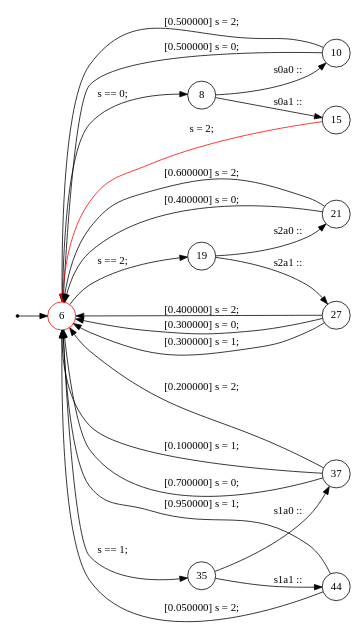
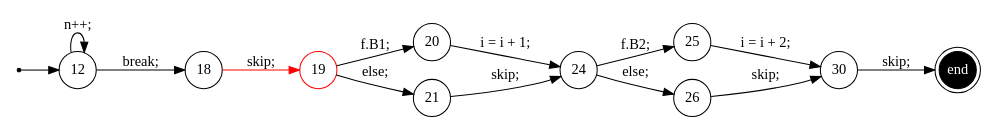
The diagram in trace/3.dot (samilazregsuidi/Daedalux), drawn with Graphviz before and after one commit. The commit also changed 118 other files, not shown here.

```diff
--- a/trace/3.dot
+++ b/trace/3.dot
@@ -1,39 +1,29 @@
 digraph finite_state_machine {
 	rankdir=LR
 	size="8,5"
-	93824993319552 [label = 6, shape = doublecircle, color = red, fixedsize = true]; 
-	s93824993319552 [shape = point];
-	 93824993319552 [label = 6, shape = circle, color = red, fixedsize = true ];
-	 93824993310416 [label = 8, shape = circle, fixedsize = true ];
-	 93824993310976 [label = 10, shape = circle, fixedsize = true ];
-	 93824993312496 [label = 15, shape = circle, fixedsize = true ];
-	 93824993312944 [label = 19, shape = circle, fixedsize = true ];
-	 93824993313712 [label = 21, shape = circle, fixedsize = true ];
-	 93824993315232 [label = 27, shape = circle, fixedsize = true ];
-	 93824993316688 [label = 35, shape = circle, fixedsize = true ];
-	 93824993317632 [label = 37, shape = circle, fixedsize = true ];
-	 93824993325184 [label = 44, shape = circle, fixedsize = true ];
-	s93824993319552 -> 93824993319552;
-	93824993319552 -> 93824993310416 [ label = "s == 0; "];
-	93824993310416 -> 93824993310976 [ label = "s0a0 :: "];
-	93824993310976 -> 93824993319552 [ label = " [0.500000] s = 0; "];
-	93824993310976 -> 93824993319552 [ label = " [0.500000] s = 2; "];
-	93824993310416 -> 93824993312496 [ label = "s0a1 :: "];
-	93824993312496 -> 93824993319552 [color = red, label = "s = 2; "];
-	93824993319552 -> 93824993312944 [ label = "s == 2; "];
-	93824993312944 -> 93824993313712 [ label = "s2a0 :: "];
-	93824993313712 -> 93824993319552 [ label = " [0.400000] s = 0; "];
-	93824993313712 -> 93824993319552 [ label = " [0.600000] s = 2; "];
-	93824993312944 -> 93824993315232 [ label = "s2a1 :: "];
-	93824993315232 -> 93824993319552 [ label = " [0.400000] s = 2; "];
-	93824993315232 -> 93824993319552 [ label = " [0.300000] s = 0; "];
-	93824993315232 -> 93824993319552 [ label = " [0.300000] s = 1; "];
-	93824993319552 -> 93824993316688 [ label = "s == 1; "];
-	93824993316688 -> 93824993317632 [ label = "s1a0 :: "];
-	93824993317632 -> 93824993319552 [ label = " [0.100000] s = 1; "];
-	93824993317632 -> 93824993319552 [ label = " [0.700000] s = 0; "];
-	93824993317632 -> 93824993319552 [ label = " [0.200000] s = 2; "];
-	93824993316688 -> 93824993325184 [ label = "s1a1 :: "];
-	93824993325184 -> 93824993319552 [ label = " [0.950000] s = 1; "];
-	93824993325184 -> 93824993319552 [ label = " [0.050000] s = 2; "];
+	93824994178208 [label = 12, shape = doublecircle, fixedsize = true]; 
+	s93824994178208 [shape = point];
+	e93824994173872 [shape = doublecircle, fixedsize = true, style = filled, fillcolor = black, fontcolor = white,  label = end];
+	 93824994178208 [label = 12, shape = circle, fixedsize = true ];
+	 93824994170560 [label = 18, shape = circle, fixedsize = true ];
+	 93824994170896 [label = 19, shape = circle, color = red, fixedsize = true ];
+	 93824994171728 [label = 20, shape = circle, fixedsize = true ];
+	 93824994172480 [label = 21, shape = circle, fixedsize = true ];
+	 93824994172256 [label = 24, shape = circle, fixedsize = true ];
+	 93824994173344 [label = 25, shape = circle, fixedsize = true ];
+	 93824994174096 [label = 26, shape = circle, fixedsize = true ];
+	 93824994173872 [label = 30, shape = circle, fixedsize = true ];
+	s93824994178208 -> 93824994178208;
+	93824994178208 -> 93824994170560 [ label = "break; "];
+	93824994178208 -> 93824994178208 [ label = "n++; "];
+	93824994170560 -> 93824994170896 [color = red, label = "skip; "];
+	93824994170896 -> 93824994171728 [ label = "f.B1; "];
+	93824994171728 -> 93824994172256 [ label = "i = i + 1; "];
+	93824994170896 -> 93824994172480 [ label = "else; "];
+	93824994172480 -> 93824994172256 [ label = "skip; "];
+	93824994172256 -> 93824994173344 [ label = "f.B2; "];
+	93824994173344 -> 93824994173872 [ label = "i = i + 2; "];
+	93824994172256 -> 93824994174096 [ label = "else; "];
+	93824994174096 -> 93824994173872 [ label = "skip; "];
+	93824994173872 -> e93824994173872 [ label = "skip; "];
 }
```
